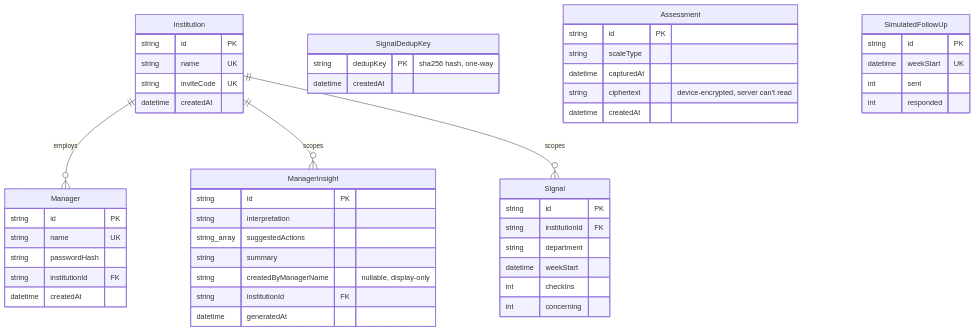
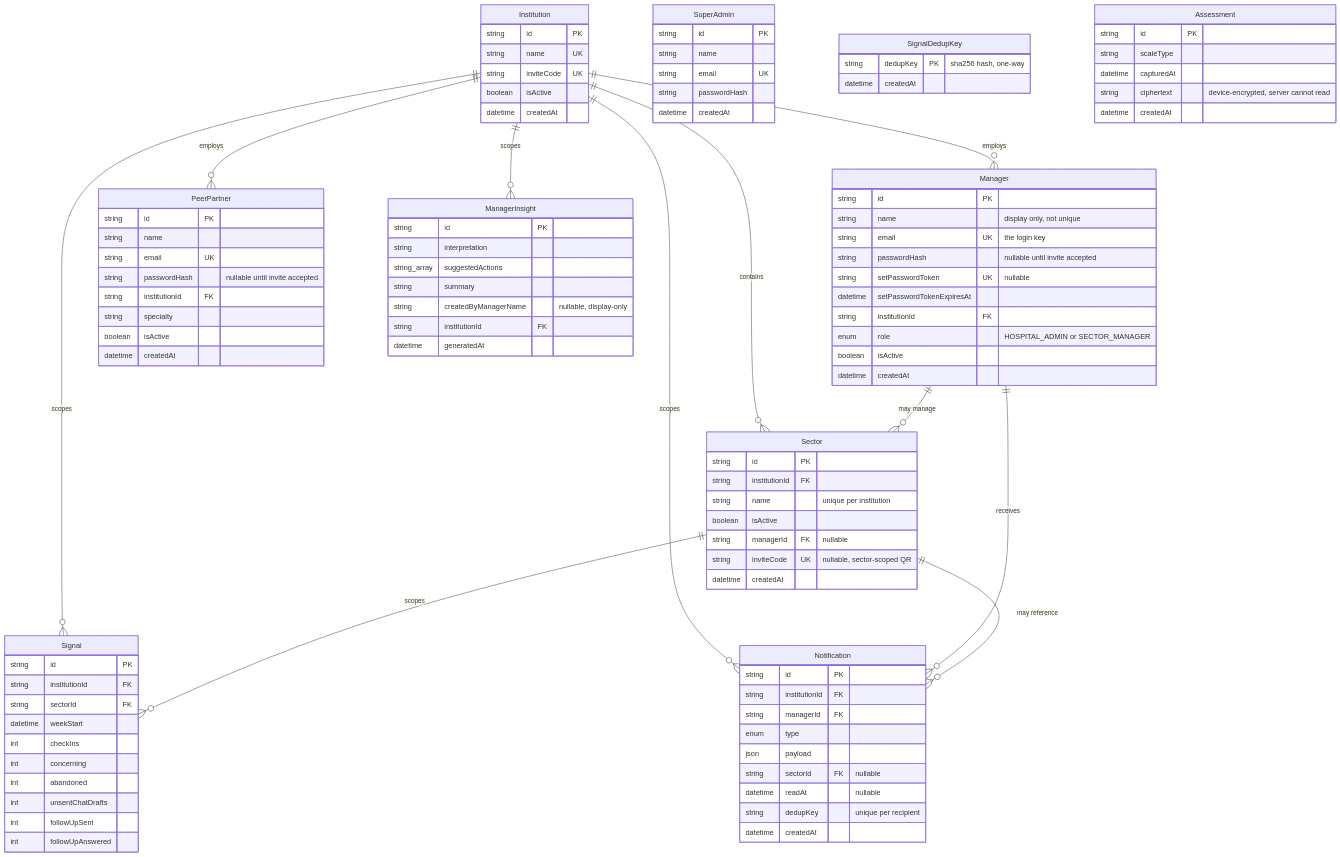
Before and after one commit to Develophys/zelo: the first of 3 diagrams in general-documentations/architecture-reference.md, drawn with Mermaid. The commit also changed other lines of this file and 1 other file, not shown here.

Commit message:
docs: resync architecture-reference.md against current repo state

````diff
--- a/general-documentations/architecture-reference.md
+++ b/general-documentations/architecture-reference.md
@@ -129,19 +168,58 @@
 ```mermaid
 erDiagram
     Institution ||--o{ Manager : "employs"
+    Institution ||--o{ PeerPartner : "employs"
+    Institution ||--o{ Sector : "contains"
     Institution ||--o{ ManagerInsight : "scopes"
     Institution ||--o{ Signal : "scopes"
+    Institution ||--o{ Notification : "scopes"
+    Manager ||--o{ Sector : "may manage"
+    Manager ||--o{ Notification : "receives"
+    Sector ||--o{ Signal : "scopes"
+    Sector ||--o{ Notification : "may reference"
     Institution {
         string id PK
         string name UK
         string inviteCode UK
+        boolean isActive
+        datetime createdAt
+    }
+    Sector {
+        string id PK
+        string institutionId FK
+        string name "unique per institution"
+        boolean isActive
+        string managerId FK "nullable"
+        string inviteCode UK "nullable, sector-scoped QR"
         datetime createdAt
     }
     Manager {
         string id PK
-        string name UK
+        string name "display only, not unique"
+        string email UK "the login key"
+        string passwordHash "nullable until invite accepted"
+        string setPasswordToken UK "nullable"
+        datetime setPasswordTokenExpiresAt
+        string institutionId FK
+        enum role "HOSPITAL_ADMIN or SECTOR_MANAGER"
+        boolean isActive
+        datetime createdAt
+    }
+    PeerPartner {
+        string id PK
+        string name
+        string email UK
+        string passwordHash "nullable until invite accepted"
+        string institutionId FK
+        string specialty
+        boolean isActive
+        datetime createdAt
+    }
+    SuperAdmin {
+        string id PK
+        string name
+        string email UK
         string passwordHash
-        string institutionId FK
         datetime createdAt
     }
     ManagerInsight {
@@ -156,26 +234,35 @@
     Signal {
         string id PK
         string institutionId FK
-        string department
+        string sectorId FK
         datetime weekStart
         int checkIns
         int concerning
+        int abandoned
+        int unsentChatDrafts
+        int followUpSent
+        int followUpAnswered
     }
     SignalDedupKey {
         string dedupKey PK "sha256 hash, one-way"
+        datetime createdAt
+    }
+    Notification {
+        string id PK
+        string institutionId FK
+        string managerId FK
+        enum type
+        json payload
+        string sectorId FK "nullable"
+        datetime readAt "nullable"
+        string dedupKey "unique per recipient"
         datetime createdAt
     }
     Assessment {
         string id PK
         string scaleType
         datetime capturedAt
-        string ciphertext "device-encrypted, server can't read"
+        string ciphertext "device-encrypted, server cannot read"
         datetime createdAt
     }
-    SimulatedFollowUp {
-        string id PK
-        datetime weekStart UK
-        int sent
-        int responded
-    }
 ```
````
